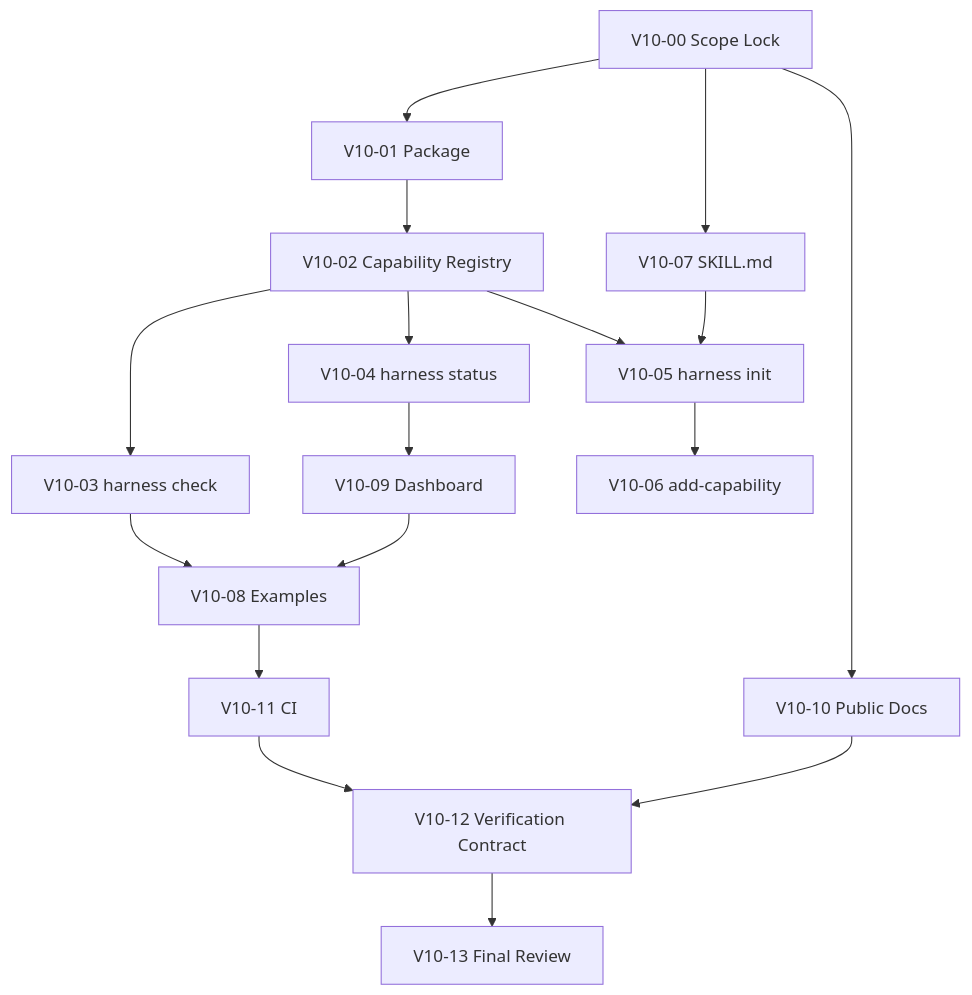
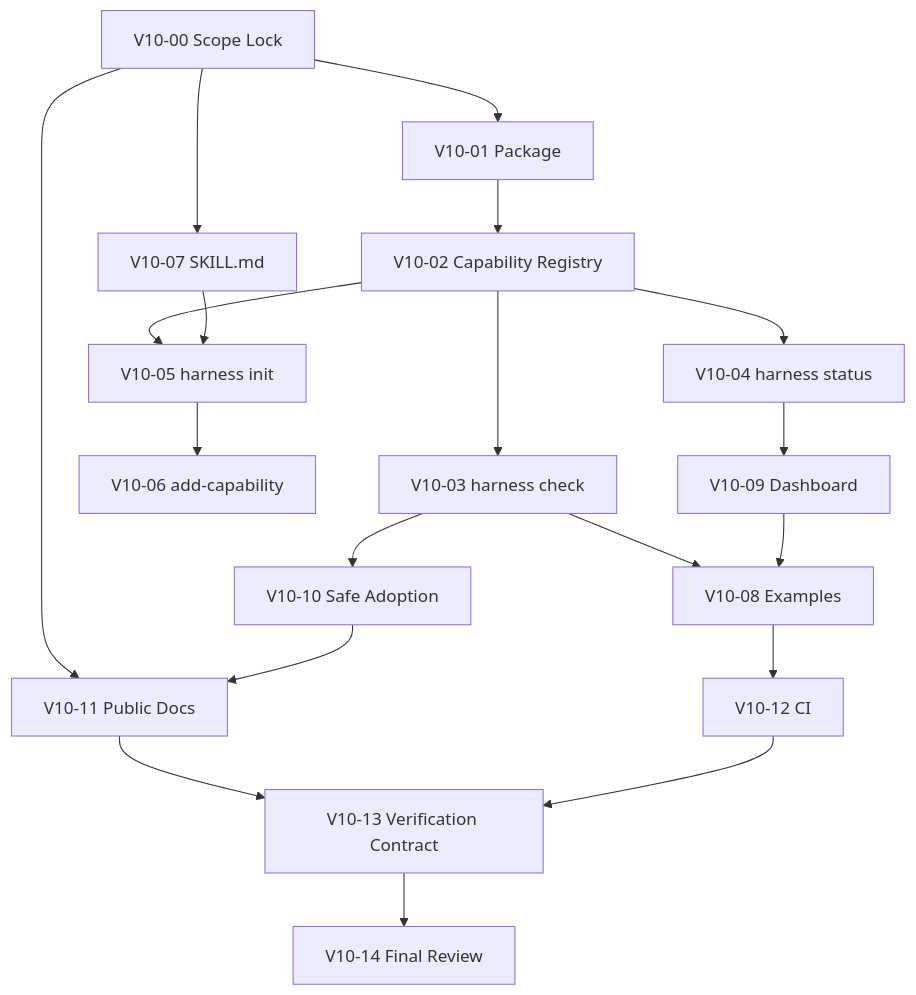
The fifth of 10 diagrams in docs-release/release/v1.0-visual-roadmap-cn.md (FairladyZ625/coding-agent-harness), drawn with Mermaid before and after one commit. The commit also changed other lines of this file, not shown here.

Commit message:
document execution strategy and safe adoption

````diff
--- a/docs-release/release/v1.0-visual-roadmap-cn.md
+++ b/docs-release/release/v1.0-visual-roadmap-cn.md
@@ -91,30 +93,33 @@
 ```mermaid
 flowchart TB
   S00["V10-00 Scope Lock"]
   S01["V10-01 Package"]
   S02["V10-02 Capability Registry"]
   S03["V10-03 harness check"]
   S04["V10-04 harness status"]
   S05["V10-05 harness init"]
   S06["V10-06 add-capability"]
   S07["V10-07 SKILL.md"]
   S08["V10-08 Examples"]
   S09["V10-09 Dashboard"]
-  S10["V10-10 Public Docs"]
-  S11["V10-11 CI"]
-  S12["V10-12 Verification Contract"]
-  S13["V10-13 Final Review"]
+  S10["V10-10 Safe Adoption"]
+  S11["V10-11 Public Docs"]
+  S12["V10-12 CI"]
+  S13["V10-13 Verification Contract"]
+  S14["V10-14 Final Review"]
 
   S00 --> S01 --> S02
   S02 --> S03
   S02 --> S04
   S02 --> S05
   S05 --> S06
   S00 --> S07 --> S05
   S03 --> S08
   S04 --> S09 --> S08
-  S08 --> S11
-  S00 --> S10
-  S10 --> S12
-  S11 --> S12 --> S13
+  S03 --> S10
+  S08 --> S12
+  S00 --> S11
+  S10 --> S11
+  S11 --> S13
+  S12 --> S13 --> S14
 ```
````
